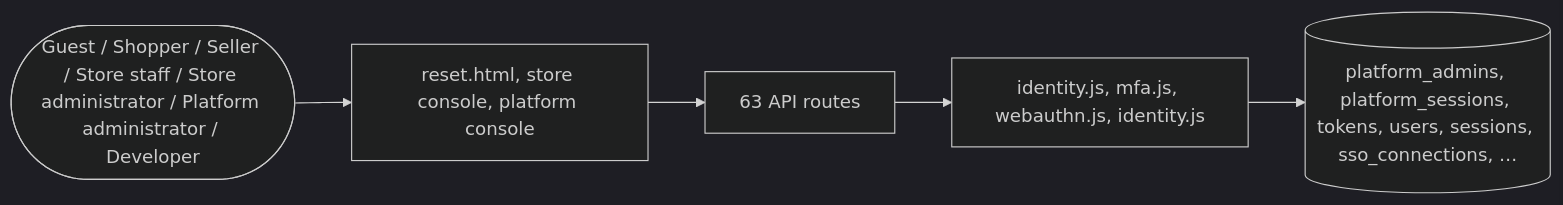
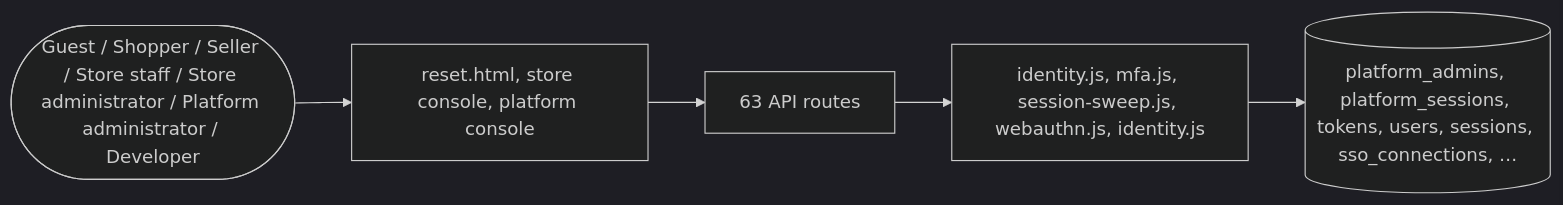
The diagram in docs/domains/identity.md (echelonxventures-Projects/universal-product), drawn with Mermaid (dark theme) before and after one commit. The commit also changed other lines of this file and 29 other files, not shown here.

````diff
--- a/docs/domains/identity.md
+++ b/docs/domains/identity.md
@@ -336,8 +337,8 @@
 ```mermaid
 flowchart LR
   U([Guest / Shopper / Seller / Store staff / Store administrator / Platform administrator / Developer]) --> UI[reset.html, store console, platform console]
   UI --> API[63 API routes]
-  API --> ENG[identity.js, mfa.js, webauthn.js, identity.js]
+  API --> ENG[identity.js, mfa.js, session-sweep.js, webauthn.js, identity.js]
   ENG --> DB[(platform_admins, platform_sessions, tokens, users, sessions, sso_connections, …)]
 
 ```
````
